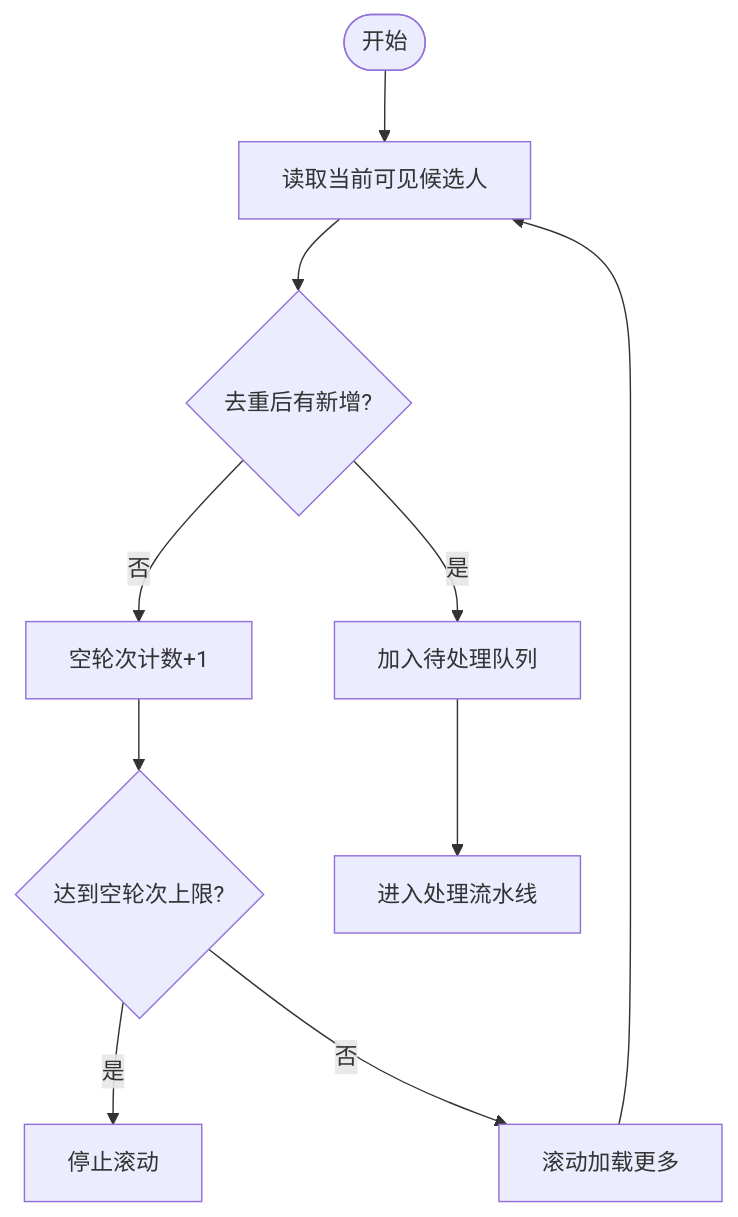
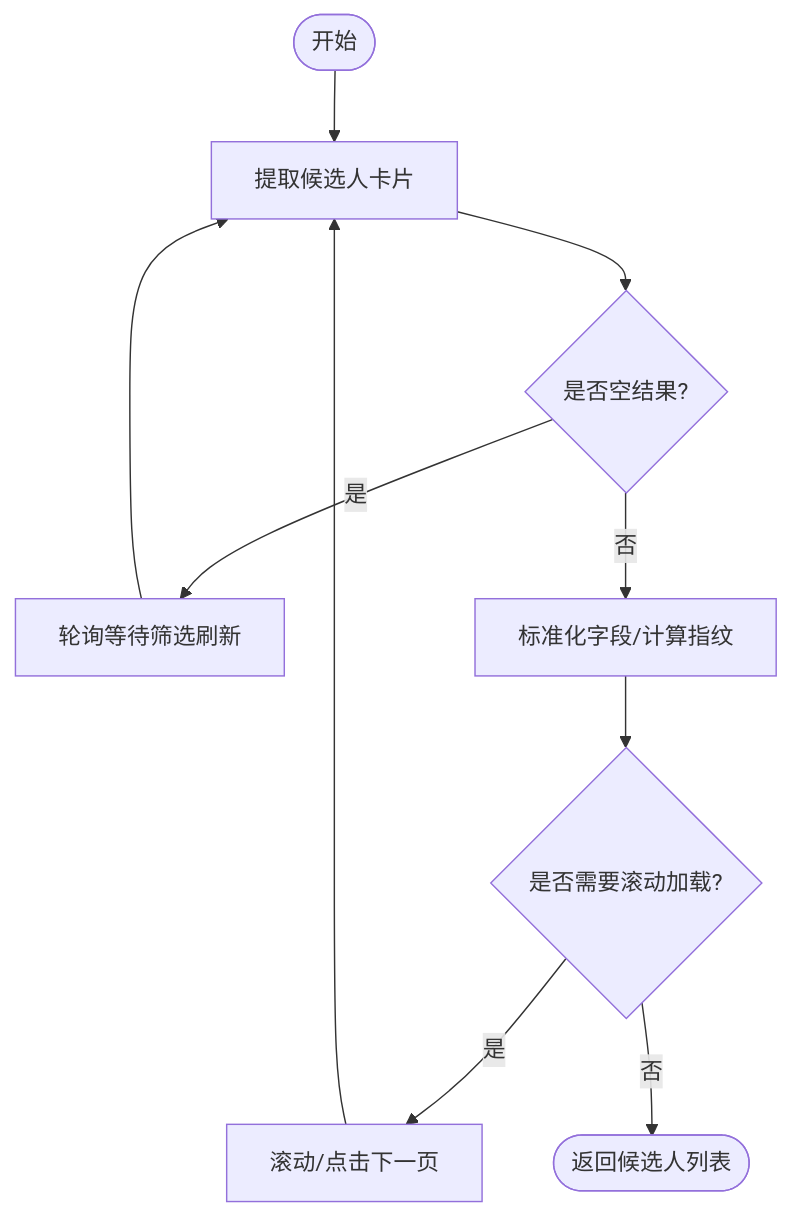
One commit to alvinwangzi/goodhr changed the third of 10 diagrams in .qoder/repowiki/zh/content/本地执行器/平台适配器/前程无忧适配器/候选人处理.md. Above: the diagram before and after it, drawn with Mermaid. The commit also changed other lines of this file and 149 other files, not shown here.

````diff
--- a/.qoder/repowiki/zh/content/本地执行器/平台适配器/前程无忧适配器/候选人处理.md
+++ b/.qoder/repowiki/zh/content/本地执行器/平台适配器/前程无忧适配器/候选人处理.md
@@ -140,12 +132,12 @@
 ```mermaid
 flowchart TD
-Start(["开始"]) --> Load["读取当前可见候选人"]
-Load --> Dedup{"去重后有新增?"}
-Dedup --> |是| Queue["加入待处理队列"]
-Dedup --> |否| EmptyCount["空轮次计数+1"]
-EmptyCount --> Limit{"达到空轮次上限?"}
-Limit --> |是| Stop["停止滚动"]
-Limit --> |否| Scroll["滚动加载更多"]
-Scroll --> Load
-Queue --> Next["进入处理流水线"]
+Start(["开始"]) --> Extract["提取候选人卡片"]
+Extract --> CheckEmpty{"是否空结果?"}
+CheckEmpty --> |是| Wait["轮询等待筛选刷新"]
+Wait --> Extract
+CheckEmpty --> |否| Normalize["标准化字段/计算指纹"]
+Normalize --> Scroll{"是否需要滚动加载?"}
+Scroll --> |是| DoScroll["滚动/点击下一页"]
+DoScroll --> Extract
+Scroll --> |否| Done(["返回候选人列表"])
 ```
````
